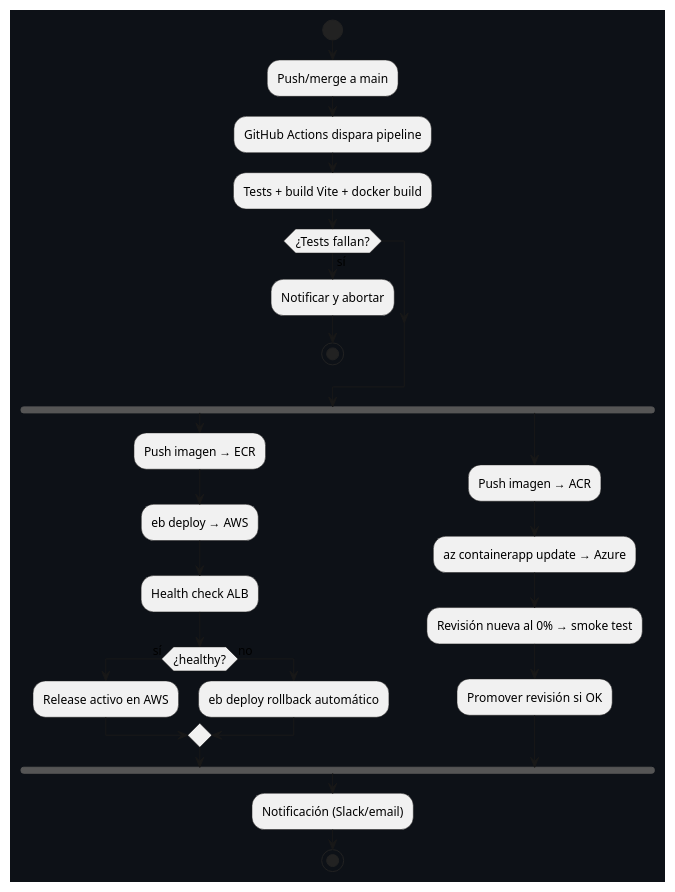
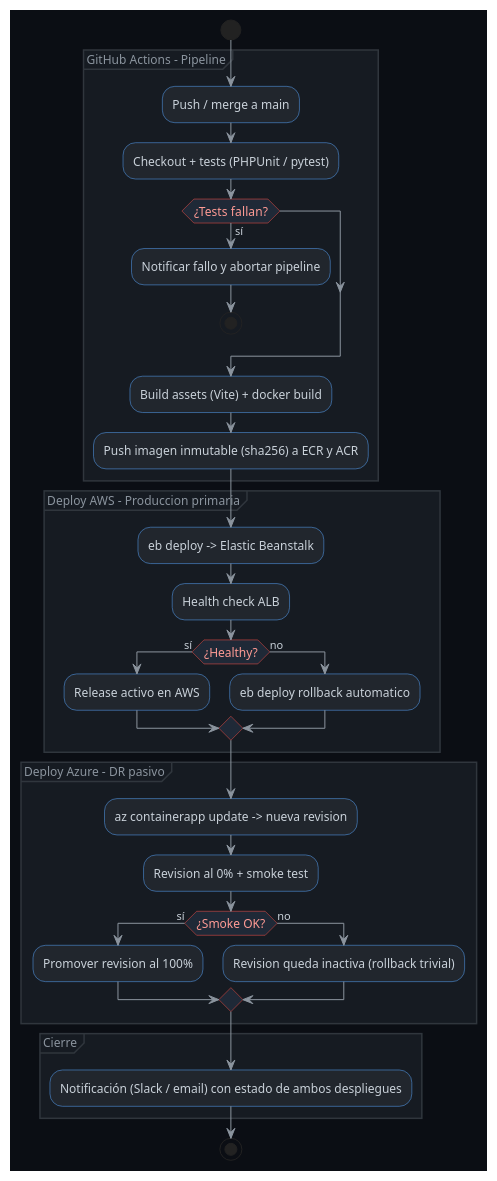
Before and after one commit to Aisaac123/KeyNography-: the eighth of 11 diagrams in docs/despliegue-multicloud.md, drawn with PlantUML. The commit also changed other lines of this file, not shown here.

Commit message:
diagrams docs fix

````diff
--- a/docs/despliegue-multicloud.md
+++ b/docs/despliegue-multicloud.md
@@ -524,34 +858,55 @@
 ```plantuml
 @startuml CI-CD - Flujo de Despliegue y Rollback
-!pragma layout smetana
-skinparam backgroundColor #0d1117
+skinparam backgroundColor #0B0E14
 skinparam shadowing false
+skinparam defaultFontName "Segoe UI"
 skinparam defaultFontSize 12
+skinparam ArrowColor #8B949E
+skinparam ArrowFontColor #C9D1D9
+skinparam ArrowFontSize 11
+skinparam ActivityBackgroundColor #21262D
+skinparam ActivityBorderColor #58A6FF
+skinparam ActivityFontColor #C9D1D9
+skinparam ActivityDiamondBackgroundColor #1F2937
+skinparam ActivityDiamondBorderColor #F85149
+skinparam ActivityDiamondFontColor #FF9B95
+skinparam PartitionBackgroundColor #161B22
+skinparam PartitionBorderColor #30363D
+skinparam PartitionFontColor #8B949E
+skinparam ConditionEndBackgroundColor #238636
 
 start
-:Push/merge a main;
-:GitHub Actions dispara pipeline;
-:Tests + build Vite + docker build;
-if (¿Tests fallan?) then (sí)
-  :Notificar y abortar;
-  stop
-endif
-fork
-  :Push imagen → ECR;
-  :eb deploy → AWS;
+partition "GitHub Actions - Pipeline" {
+  :Push / merge a main;
+  :Checkout + tests (PHPUnit / pytest);
+  if (¿Tests fallan?) then (sí)
+    :Notificar fallo y abortar pipeline;
+    stop
+  endif
+  :Build assets (Vite) + docker build;
+  :Push imagen inmutable (sha256) a ECR y ACR;
+}
+partition "Deploy AWS - Produccion primaria" {
+  :eb deploy -> Elastic Beanstalk;
   :Health check ALB;
-  if (¿healthy?) then (sí)
+  if (¿Healthy?) then (sí)
     :Release activo en AWS;
   else (no)
-    :eb deploy rollback automático;
+    :eb deploy rollback automatico;
   endif
-fork again
-  :Push imagen → ACR;
-  :az containerapp update → Azure;
-  :Revisión nueva al 0% → smoke test;
-  :Promover revisión si OK;
-end fork
-:Notificación (Slack/email);
+}
+partition "Deploy Azure - DR pasivo" {
+  :az containerapp update -> nueva revision;
+  :Revision al 0% + smoke test;
+  if (¿Smoke OK?) then (sí)
+    :Promover revision al 100%;
+  else (no)
+    :Revision queda inactiva (rollback trivial);
+  endif
+}
+partition "Cierre" {
+  :Notificación (Slack / email) con estado de ambos despliegues;
+}
 stop
 @enduml
 ```
````
